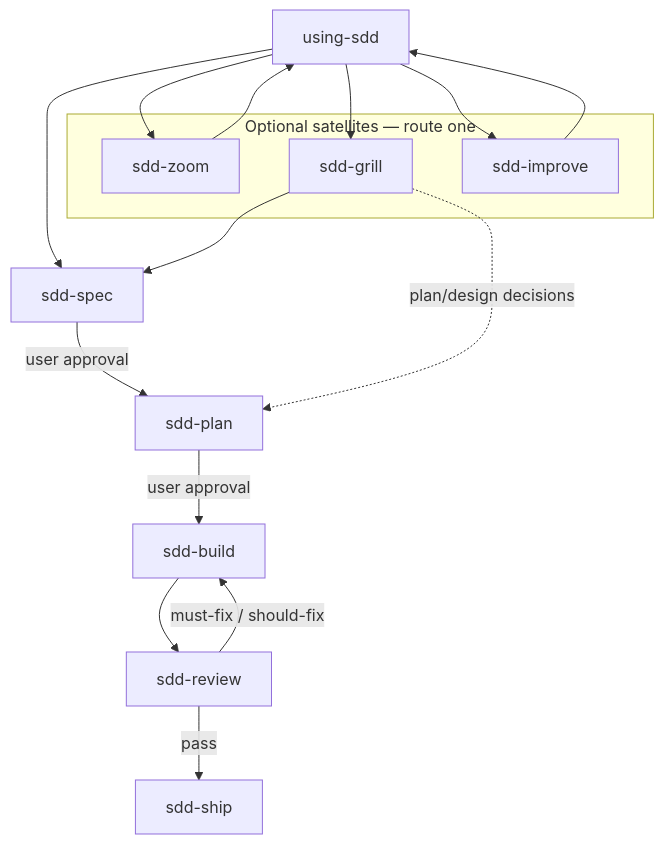
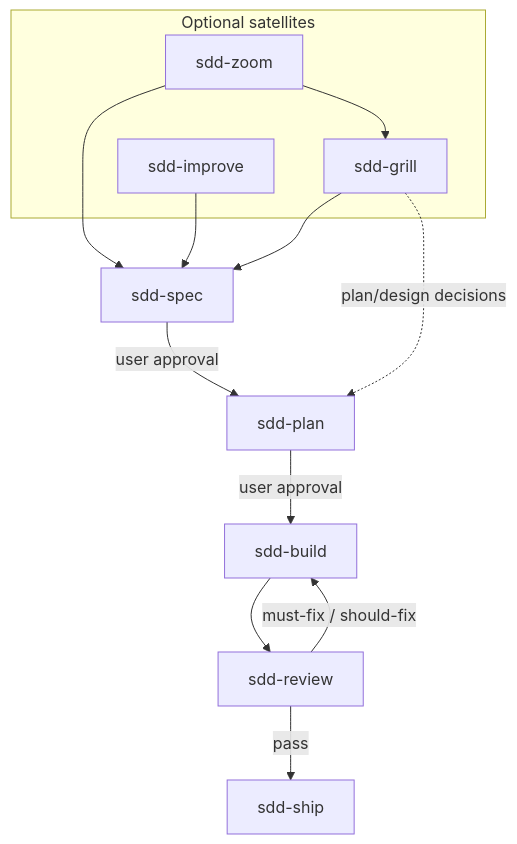
Before and after one commit to zhijunio/sdd-skills: the diagram in README.md, drawn with Mermaid. The commit also changed other lines of this file and 34 other files, not shown here.

````diff
--- a/README.md
+++ b/README.md
@@ -10,22 +35,20 @@
 ```mermaid
 flowchart TD
-  U[using-sdd]
-
-  subgraph satellites["Optional satellites — route one"]
+  subgraph satellites["Optional satellites"]
     Z[sdd-zoom]
     G[sdd-grill]
     I[sdd-improve]
   end
 
   S[sdd-spec] -->|user approval| P[sdd-plan]
   P -->|user approval| B[sdd-build]
   B --> R[sdd-review]
   R -->|must-fix / should-fix| B
   R -->|pass| SH[sdd-ship]
 
-  U --> Z & G & I & S
-  Z --> U
-  I --> U
+  Z --> S
+  Z --> G
+  I --> S
   G --> S
   G -.->|plan/design decisions| P
 ```
````
